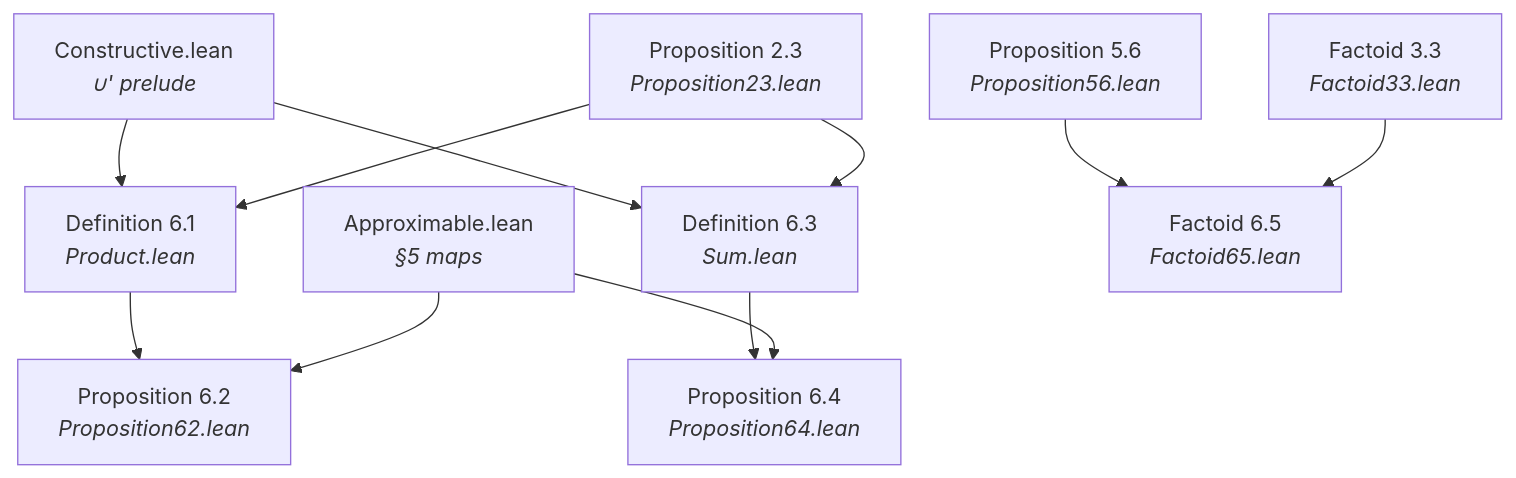
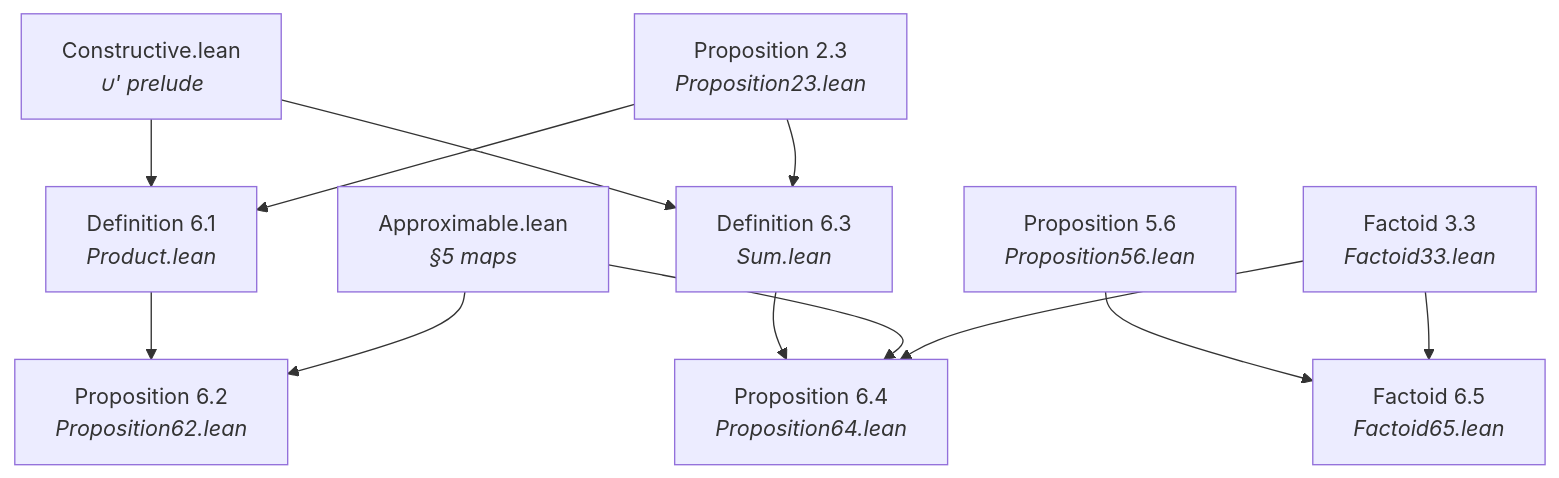
Before and after one commit to catskillsresearch/scott1982: the eighth of 10 diagrams in arxiv.md, drawn with Mermaid. The commit also changed other lines of this file and 3 other files, not shown here.

Commit message:
Add Factoid 7.7 CCC stretch goal and refresh §6–§7 mermaids.

````diff
--- a/arxiv.md
+++ b/arxiv.md
@@ -451,23 +451,24 @@
 ```mermaid
 flowchart TD
   C["Constructive.lean<br/><i>∪' prelude</i>"]
   P23["Proposition 2.3<br/><i>Proposition23.lean</i>"]
   Ap["Approximable.lean<br/><i>§5 maps</i>"]
   P56["Proposition 5.6<br/><i>Proposition56.lean</i>"]
   F33["Factoid 3.3<br/><i>Factoid33.lean</i>"]
   D61["Definition 6.1<br/><i>Product.lean</i>"]
   P62["Proposition 6.2<br/><i>Proposition62.lean</i>"]
   D63["Definition 6.3<br/><i>Sum.lean</i>"]
   P64["Proposition 6.4<br/><i>Proposition64.lean</i>"]
   F65["Factoid 6.5<br/><i>Factoid65.lean</i>"]
   C --> D61
   P23 --> D61
   D61 --> P62
   Ap --> P62
   C --> D63
   P23 --> D63
   D63 --> P64
   Ap --> P64
+  F33 --> P64
   P56 --> F65
   F33 --> F65
 ```
````
